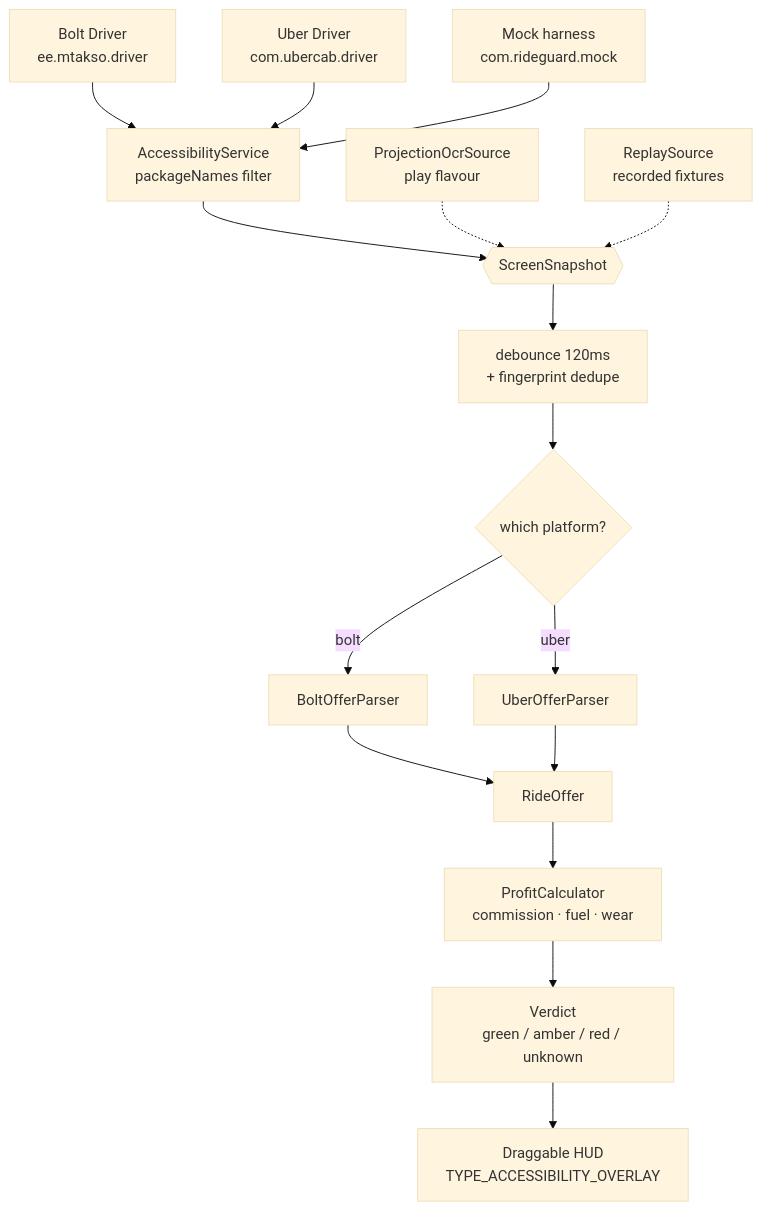
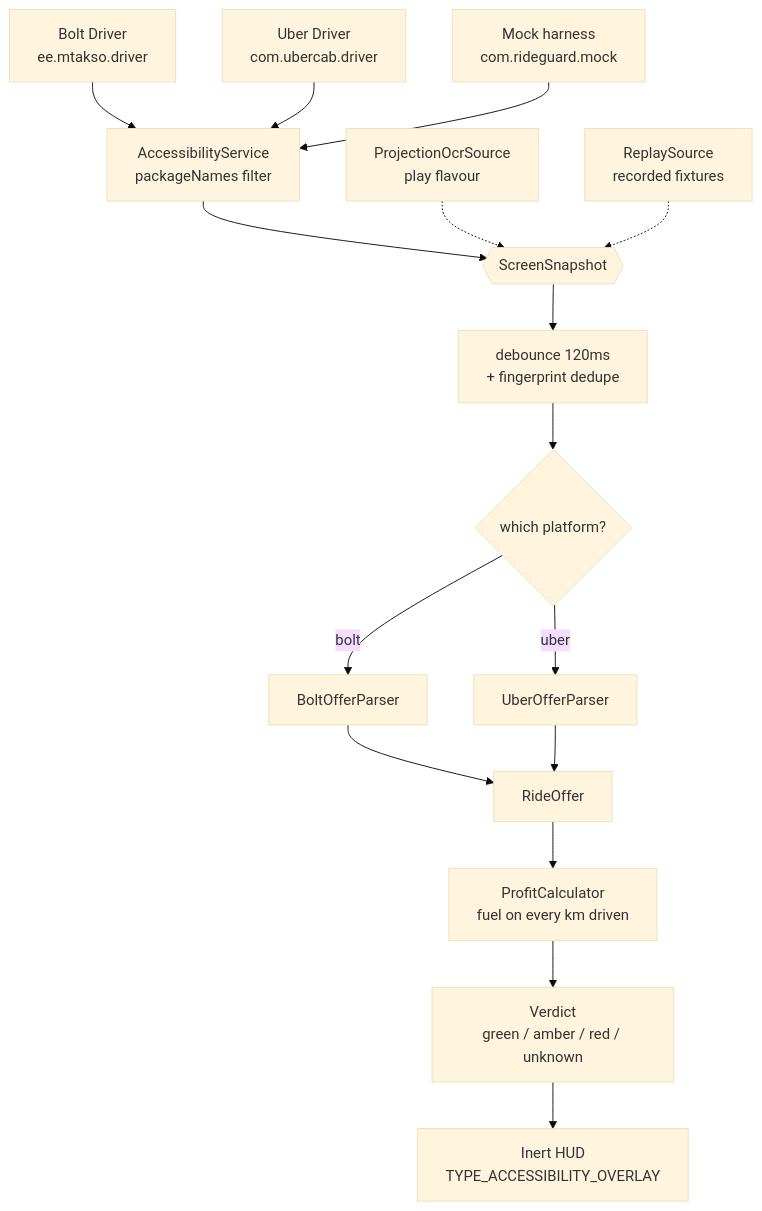
The diagram in README.md (zigazaga4/rideguard), drawn with Mermaid (base theme) before and after one commit. The commit also changed other lines of this file, not shown here.

````diff
--- a/README.md
+++ b/README.md
@@ -62,20 +65,20 @@
 ```mermaid
 flowchart TD
   BOLT["Bolt Driver<br/>ee.mtakso.driver"] --> AS
   UBER["Uber Driver<br/>com.ubercab.driver"] --> AS
   MOCK["Mock harness<br/>com.rideguard.mock"] --> AS
 
   AS["AccessibilityService<br/>packageNames filter"] --> SNAP{{"ScreenSnapshot"}}
   OCR["ProjectionOcrSource<br/>play flavour"] -.-> SNAP
   REP["ReplaySource<br/>recorded fixtures"] -.-> SNAP
 
   SNAP --> GATE["debounce 120ms<br/>+ fingerprint dedupe"]
   GATE --> SEL{"which platform?"}
   SEL -->|bolt| BP["BoltOfferParser"]
   SEL -->|uber| UP["UberOfferParser"]
   BP --> RO["RideOffer"]
   UP --> RO
-  RO --> CALC["ProfitCalculator<br/>commission · fuel · wear"]
+  RO --> CALC["ProfitCalculator<br/>fuel on every km driven"]
   CALC --> V["Verdict<br/>green / amber / red / unknown"]
-  V --> HUD["Draggable HUD<br/>TYPE_ACCESSIBILITY_OVERLAY"]
+  V --> HUD["Inert HUD<br/>TYPE_ACCESSIBILITY_OVERLAY"]
 ```
````
